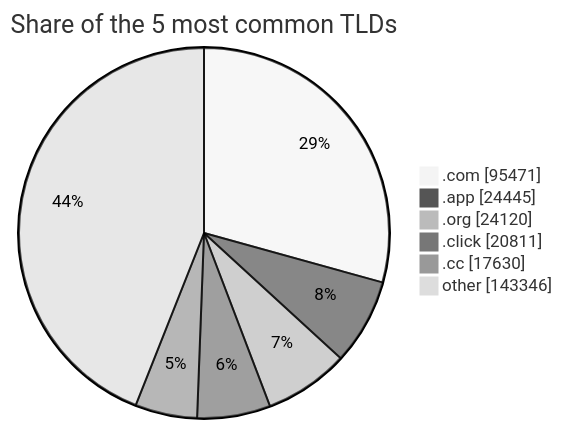
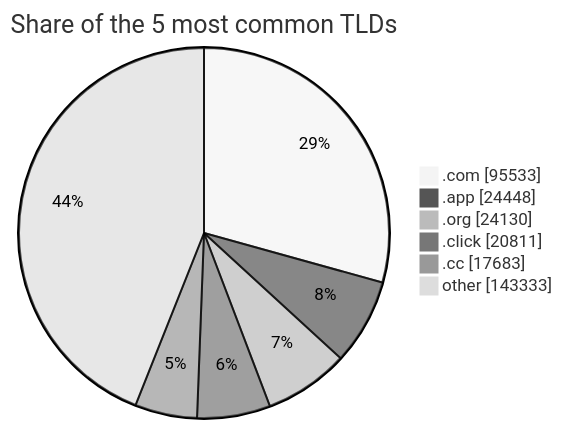
The third of 3 diagrams in README.md (DNSBunker/CTI), drawn with Mermaid (neutral theme) before and after one commit. The commit also changed other lines of this file and 4 other files, not shown here.

````diff
--- a/README.md
+++ b/README.md
@@ -81,9 +81,9 @@
 ```mermaid
 pie showData title Share of the 5 most common TLDs
-    ".com" : 95471
-    ".app" : 24445
-    ".org" : 24120
+    ".com" : 95533
+    ".app" : 24448
+    ".org" : 24130
     ".click" : 20811
-    ".cc" : 17630
-    "other" : 143346
+    ".cc" : 17683
+    "other" : 143333
 ```
````
